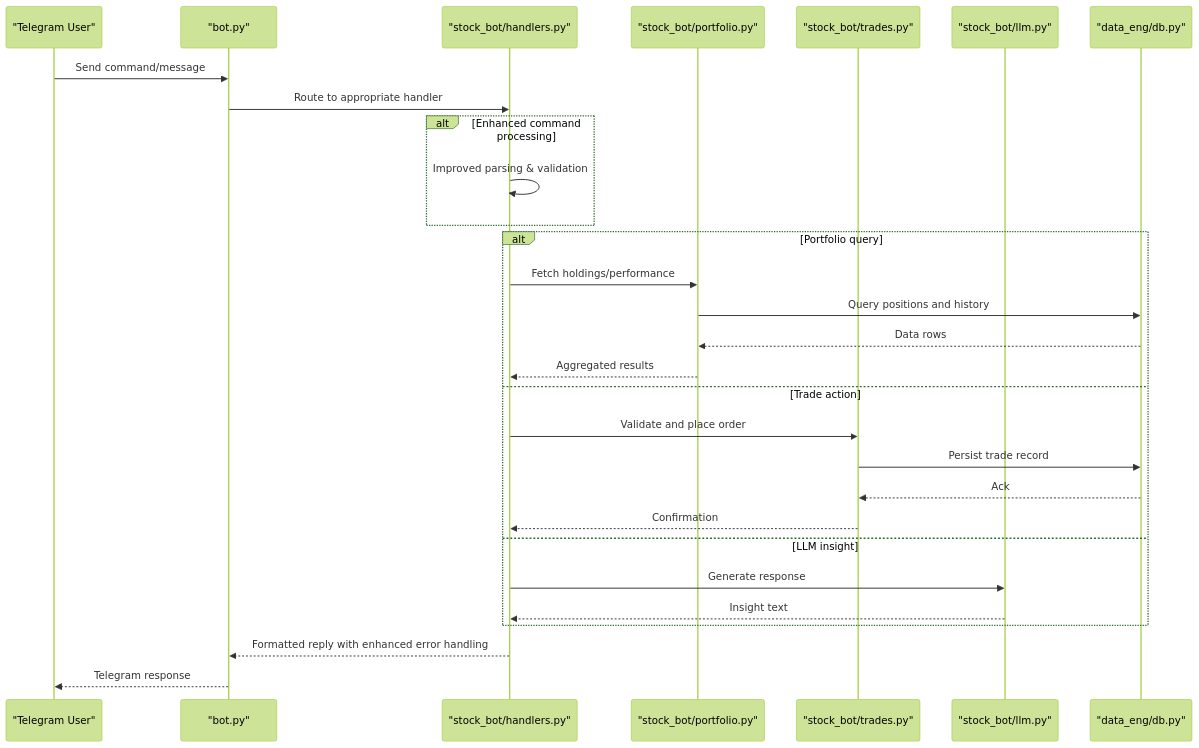
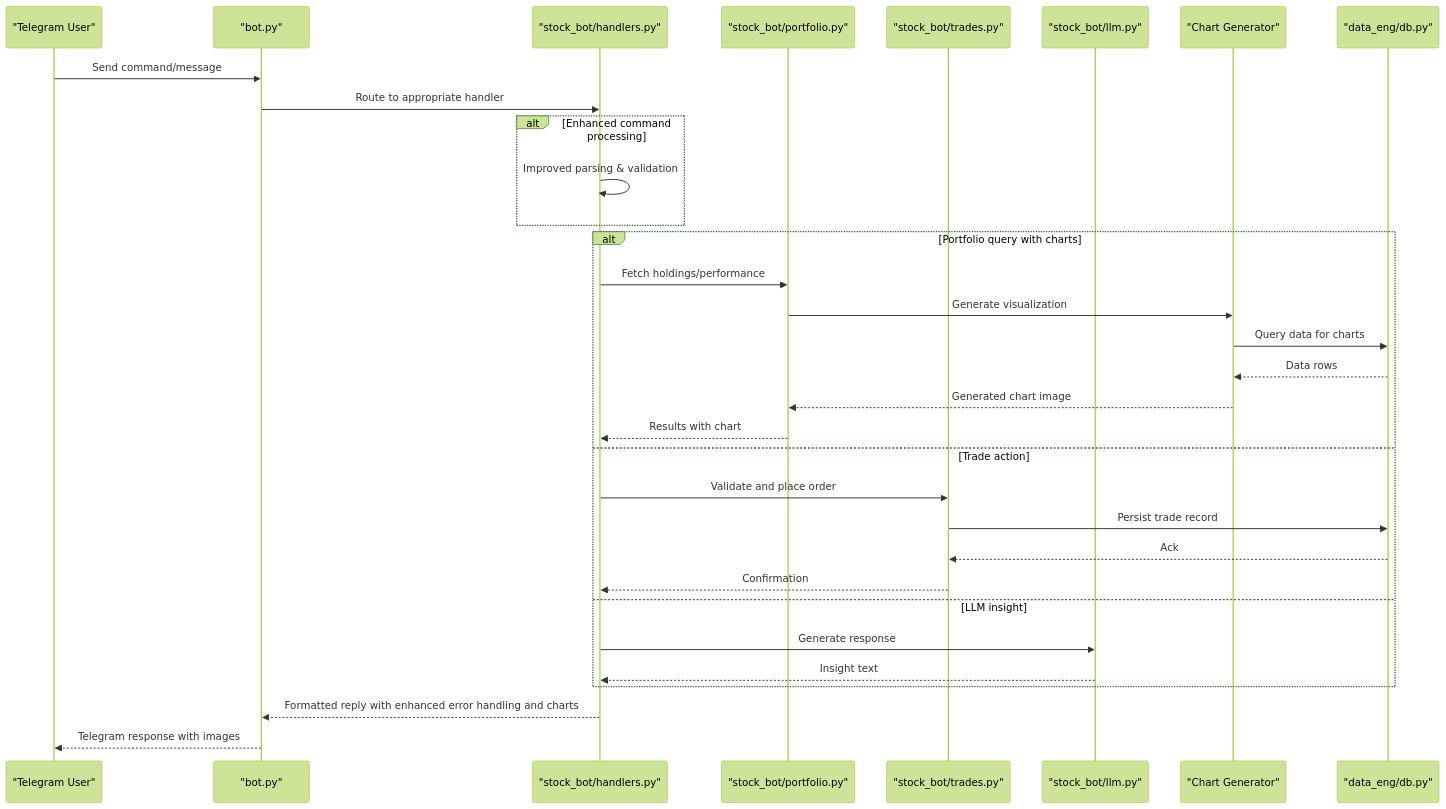
One commit to ZengSeng/telegram-bot changed the second of 6 diagrams in .qoder/repowiki/en/content/Core Components/Stock Trading Bot.md. Above: the diagram before and after it, drawn with Mermaid (forest theme). The commit also changed other lines of this file and 9 other files, not shown here.

````diff
--- a/.qoder/repowiki/en/content/Core Components/Stock Trading Bot.md
+++ b/.qoder/repowiki/en/content/Core Components/Stock Trading Bot.md
@@ -159,31 +170,34 @@
 ```mermaid
 sequenceDiagram
 participant User as "Telegram User"
 participant Bot as "bot.py"
 participant Handlers as "stock_bot/handlers.py"
 participant Portfolio as "stock_bot/portfolio.py"
 participant Trades as "stock_bot/trades.py"
 participant LLM as "stock_bot/llm.py"
+participant ChartGen as "Chart Generator"
 participant DB as "data_eng/db.py"
 User->>Bot : Send command/message
 Bot->>Handlers : Route to appropriate handler
 alt Enhanced command processing
 Handlers->>Handlers : Improved parsing & validation
 end
-alt Portfolio query
+alt Portfolio query with charts
 Handlers->>Portfolio : Fetch holdings/performance
-Portfolio->>DB : Query positions and history
-DB-->>Portfolio : Data rows
-Portfolio-->>Handlers : Aggregated results
+Portfolio->>ChartGen : Generate visualization
+ChartGen->>DB : Query data for charts
+DB-->>ChartGen : Data rows
+ChartGen-->>Portfolio : Generated chart image
+Portfolio-->>Handlers : Results with chart
 else Trade action
 Handlers->>Trades : Validate and place order
 Trades->>DB : Persist trade record
 DB-->>Trades : Ack
 Trades-->>Handlers : Confirmation
 else LLM insight
 Handlers->>LLM : Generate response
 LLM-->>Handlers : Insight text
 end
-Handlers-->>Bot : Formatted reply with enhanced error handling
-Bot-->>User : Telegram response
+Handlers-->>Bot : Formatted reply with enhanced error handling and charts
+Bot-->>User : Telegram response with images
 ```
````
